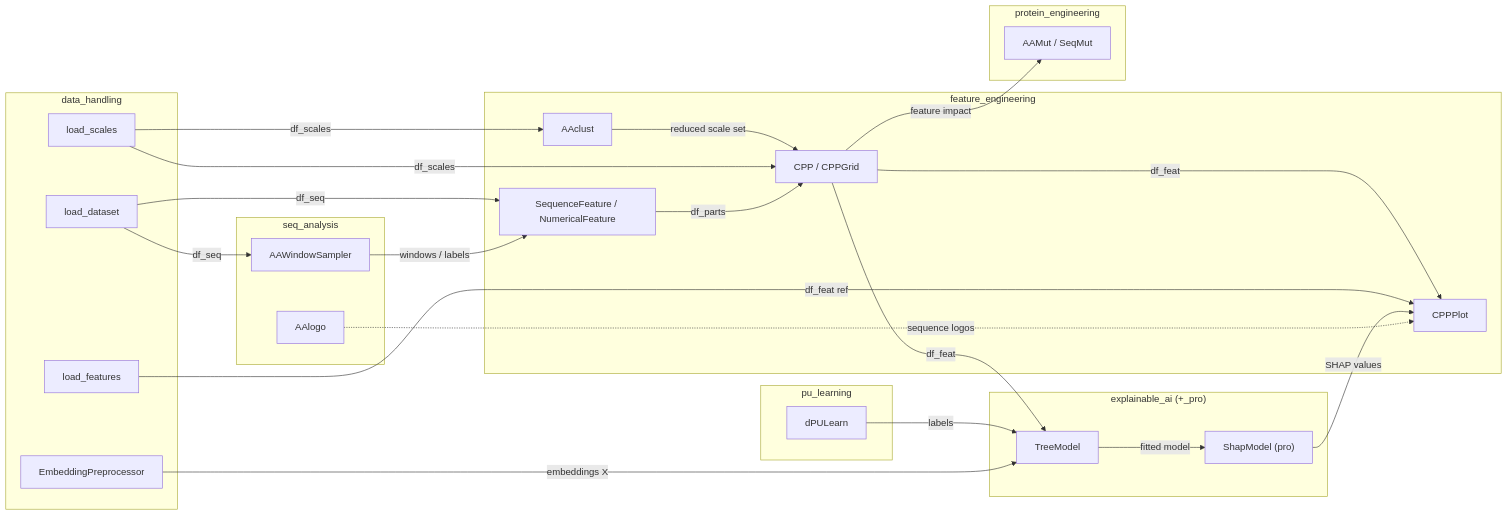
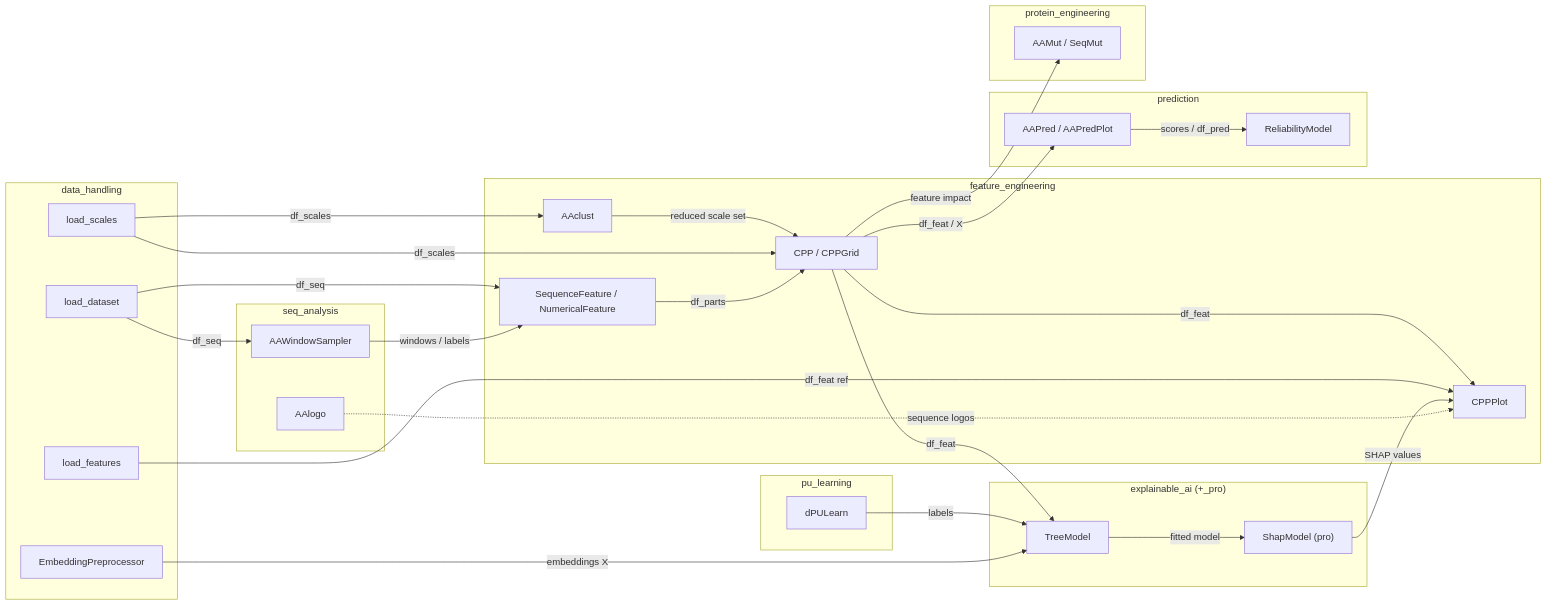
The diagram in docs/module_map.md (breimanntools/aaanalysis), drawn with Mermaid before and after one commit. The commit also changed other lines of this file and 7 other files, not shown here.

First line of the commit message:
feat(prediction): AAPred.eval accepts a custom CV splitter with pooled scoring

````diff
--- a/docs/module_map.md
+++ b/docs/module_map.md
@@ -15,46 +15,52 @@
 ```mermaid
 flowchart LR
   subgraph DH["data_handling"]
     LD["load_dataset"]
     LS["load_scales"]
     LF["load_features"]
     EP["EmbeddingPreprocessor"]
   end
   subgraph SA["seq_analysis"]
     AWS["AAWindowSampler"]
     AL["AAlogo"]
   end
   subgraph FE["feature_engineering"]
     AAC["AAclust"]
     SF["SequenceFeature / NumericalFeature"]
     CPP["CPP / CPPGrid"]
     CPPP["CPPPlot"]
   end
   subgraph PU["pu_learning"]
     DPU["dPULearn"]
   end
   subgraph XAI["explainable_ai (+_pro)"]
     TM["TreeModel"]
     SM["ShapModel (pro)"]
   end
+  subgraph PRED["prediction"]
+    AAP["AAPred / AAPredPlot"]
+    RM["ReliabilityModel"]
+  end
   subgraph PD["protein_engineering"]
     AAM["AAMut / SeqMut"]
   end
 
   LD -->|df_seq| SF
   LD -->|df_seq| AWS
   AWS -->|windows / labels| SF
   LS -->|df_scales| AAC
   AAC -->|reduced scale set| CPP
   LS -->|df_scales| CPP
   SF -->|df_parts| CPP
   CPP -->|df_feat| TM
   CPP -->|df_feat| CPPP
   LF -->|df_feat ref| CPPP
   DPU -->|labels| TM
   EP -->|embeddings X| TM
   TM -->|fitted model| SM
   SM -->|SHAP values| CPPP
+  CPP -->|df_feat / X| AAP
+  AAP -->|scores / df_pred| RM
   CPP -->|feature impact| AAM
   AL -.->|sequence logos| CPPP
 ```
````
